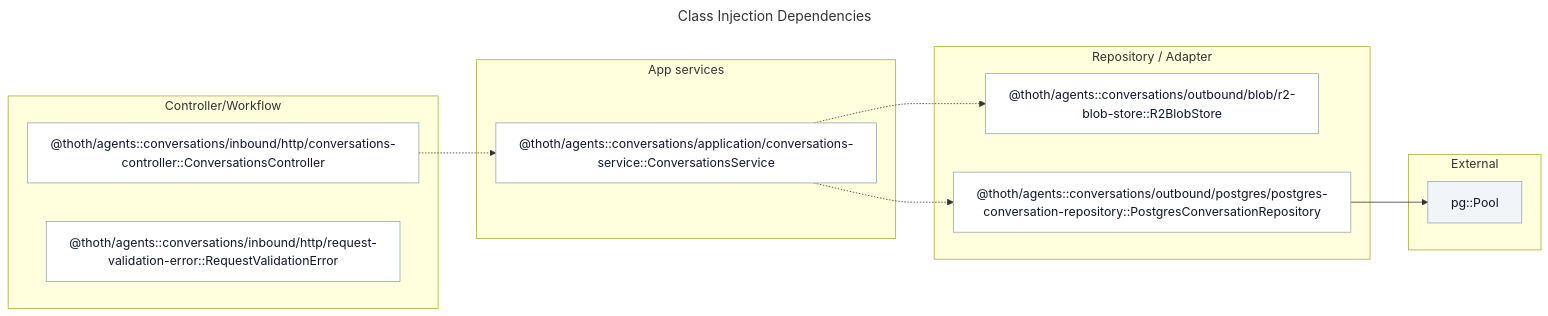
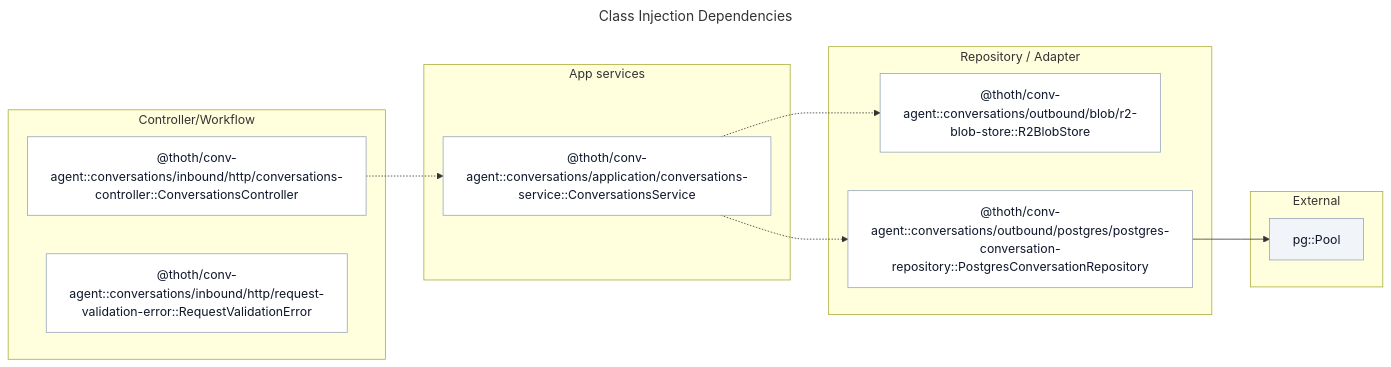
Before and after one commit to yashrahmed/Thoth: the diagram in docs/class-injection-dependencies.mmd, drawn with Mermaid. The commit also changed 30 other files, not shown here.

```diff
--- a/docs/class-injection-dependencies.mmd
+++ b/docs/class-injection-dependencies.mmd
@@ -1,34 +1,34 @@
 ---
 title: Class Injection Dependencies
 ---
 flowchart LR
 %% Nodes are fully qualified class names only.
 %% Contracts, entities, data types, and scripts are excluded.
 %% Solid edges = declared injection. Dashed edges = runtime wiring.
   subgraph Controller_Workflow["Controller/Workflow"]
-    _thoth_agents_conversations_inbound_http_conversations_controller_ConversationsController["@thoth/agents::conversations/inbound/http/conversations-controller::ConversationsController"]
-    _thoth_agents_conversations_inbound_http_request_validation_error_RequestValidationError["@thoth/agents::conversations/inbound/http/request-validation-error::RequestValidationError"]
+    _thoth_agents_conversations_inbound_http_conversations_controller_ConversationsController["@thoth/conv-agent::conversations/inbound/http/conversations-controller::ConversationsController"]
+    _thoth_agents_conversations_inbound_http_request_validation_error_RequestValidationError["@thoth/conv-agent::conversations/inbound/http/request-validation-error::RequestValidationError"]
   end
   subgraph App_services["App services"]
-    _thoth_agents_conversations_application_conversations_service_ConversationsService["@thoth/agents::conversations/application/conversations-service::ConversationsService"]
+    _thoth_agents_conversations_application_conversations_service_ConversationsService["@thoth/conv-agent::conversations/application/conversations-service::ConversationsService"]
   end
   subgraph Repository_Adapter["Repository / Adapter"]
-    _thoth_agents_conversations_outbound_blob_r2_blob_store_R2BlobStore["@thoth/agents::conversations/outbound/blob/r2-blob-store::R2BlobStore"]
-    _thoth_agents_conversations_outbound_postgres_postgres_conversation_repository_PostgresConversationRepository["@thoth/agents::conversations/outbound/postgres/postgres-conversation-repository::PostgresConversationRepository"]
+    _thoth_agents_conversations_outbound_blob_r2_blob_store_R2BlobStore["@thoth/conv-agent::conversations/outbound/blob/r2-blob-store::R2BlobStore"]
+    _thoth_agents_conversations_outbound_postgres_postgres_conversation_repository_PostgresConversationRepository["@thoth/conv-agent::conversations/outbound/postgres/postgres-conversation-repository::PostgresConversationRepository"]
   end
   subgraph External["External"]
     pg_Pool["pg::Pool"]
   end
   _thoth_agents_conversations_outbound_postgres_postgres_conversation_repository_PostgresConversationRepository --> pg_Pool
   _thoth_agents_conversations_application_conversations_service_ConversationsService -.-> _thoth_agents_conversations_outbound_blob_r2_blob_store_R2BlobStore
   _thoth_agents_conversations_application_conversations_service_ConversationsService -.-> _thoth_agents_conversations_outbound_postgres_postgres_conversation_repository_PostgresConversationRepository
   _thoth_agents_conversations_inbound_http_conversations_controller_ConversationsController -.-> _thoth_agents_conversations_application_conversations_service_ConversationsService
   classDef default fill:#ffffff,stroke:#94a3b8,color:#0f172a
   classDef abstract fill:#fff7ed,stroke:#94a3b8,color:#0f172a
   classDef external fill:#f1f5f9,stroke:#94a3b8,color:#0f172a
   class _thoth_agents_conversations_application_conversations_service_ConversationsService default
   class _thoth_agents_conversations_inbound_http_conversations_controller_ConversationsController default
   class _thoth_agents_conversations_inbound_http_request_validation_error_RequestValidationError default
   class _thoth_agents_conversations_outbound_blob_r2_blob_store_R2BlobStore default
   class _thoth_agents_conversations_outbound_postgres_postgres_conversation_repository_PostgresConversationRepository default
   class pg_Pool external
```
